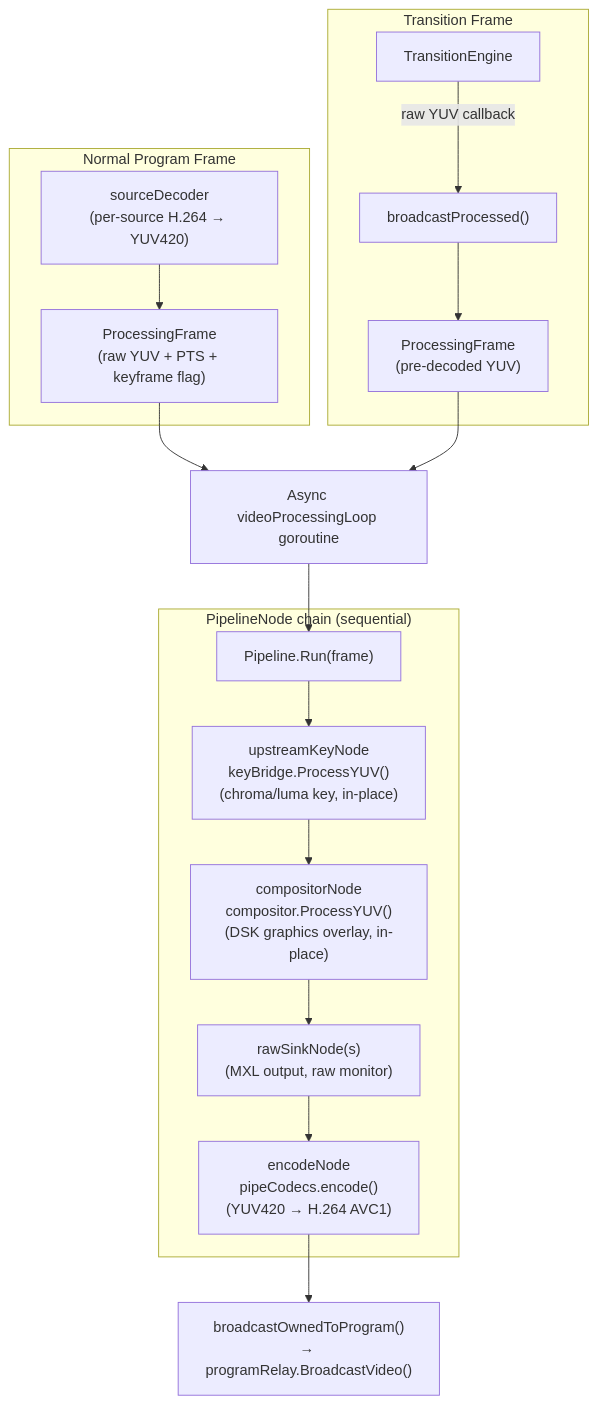
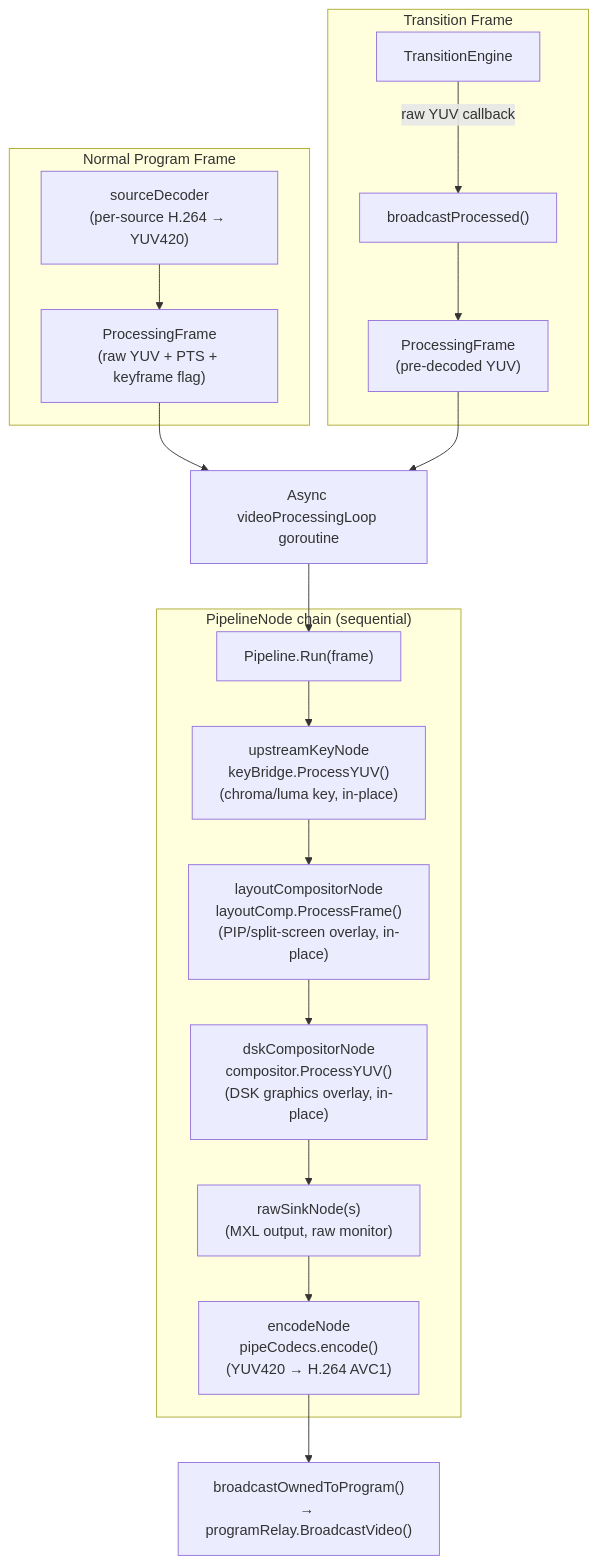
Diagram 16 of 24 in docs/architecture.md (zsiec/switchframe), drawn with Mermaid before and after one commit. The commit also changed other lines of this file and 3 other files, not shown here.

First line of the commit message:
Add multi-layer DSK and PIP layout features

````diff
--- a/docs/architecture.md
+++ b/docs/architecture.md
@@ -941,25 +1085,26 @@
 ```mermaid
 flowchart TD
     subgraph normal["Normal Program Frame"]
         frame["sourceDecoder<br/>(per-source H.264 → YUV420)"] --> pf["ProcessingFrame<br/>(raw YUV + PTS + keyframe flag)"]
     end
 
     subgraph transition["Transition Frame"]
         te["TransitionEngine"] -->|"raw YUV callback"| bp["broadcastProcessed()"]
         bp --> pf2["ProcessingFrame<br/>(pre-decoded YUV)"]
     end
 
     pf --> proc["Async videoProcessingLoop goroutine"]
     pf2 --> proc
 
     proc --> prun["Pipeline.Run(frame)"]
 
     subgraph nodes["PipelineNode chain (sequential)"]
         prun --> ukn["upstreamKeyNode<br/>keyBridge.ProcessYUV()<br/>(chroma/luma key, in-place)"]
-        ukn --> cn["compositorNode<br/>compositor.ProcessYUV()<br/>(DSK graphics overlay, in-place)"]
-        cn --> rsn["rawSinkNode(s)<br/>(MXL output, raw monitor)"]
+        ukn --> lcn["layoutCompositorNode<br/>layoutComp.ProcessFrame()<br/>(PIP/split-screen overlay, in-place)"]
+        lcn --> dcn["dskCompositorNode<br/>compositor.ProcessYUV()<br/>(DSK graphics overlay, in-place)"]
+        dcn --> rsn["rawSinkNode(s)<br/>(MXL output, raw monitor)"]
         rsn --> encn["encodeNode<br/>pipeCodecs.encode()<br/>(YUV420 → H.264 AVC1)"]
     end
 
     encn --> out["broadcastOwnedToProgram()<br/>→ programRelay.BroadcastVideo()"]
 ```
````
